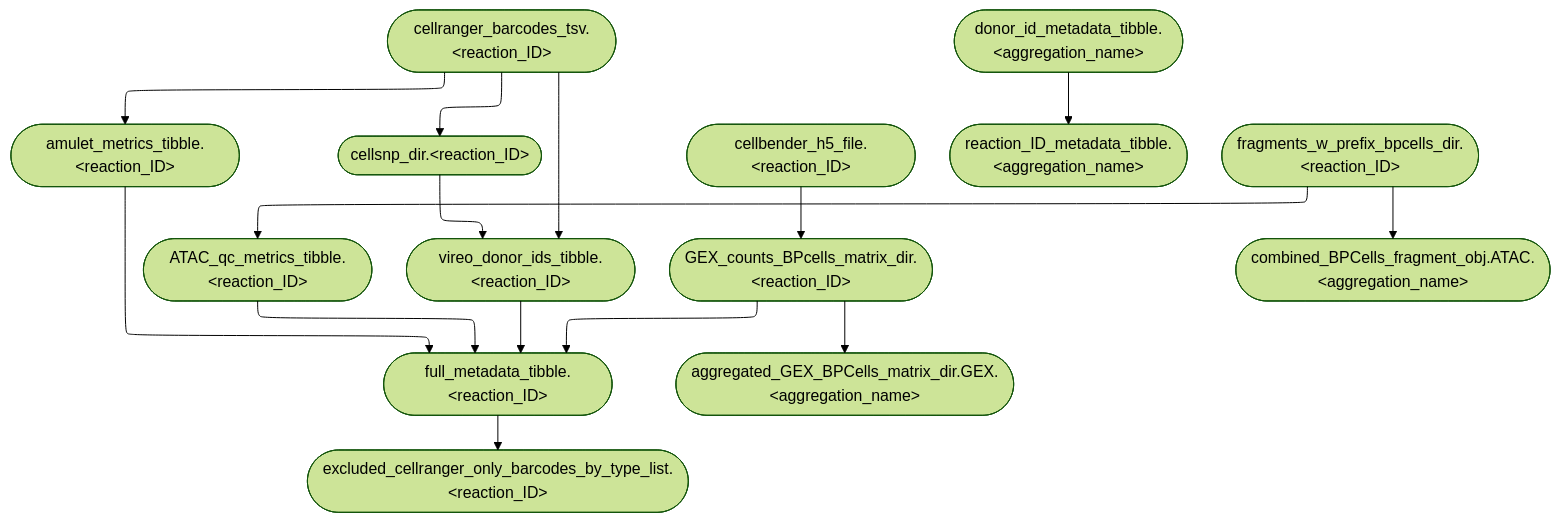
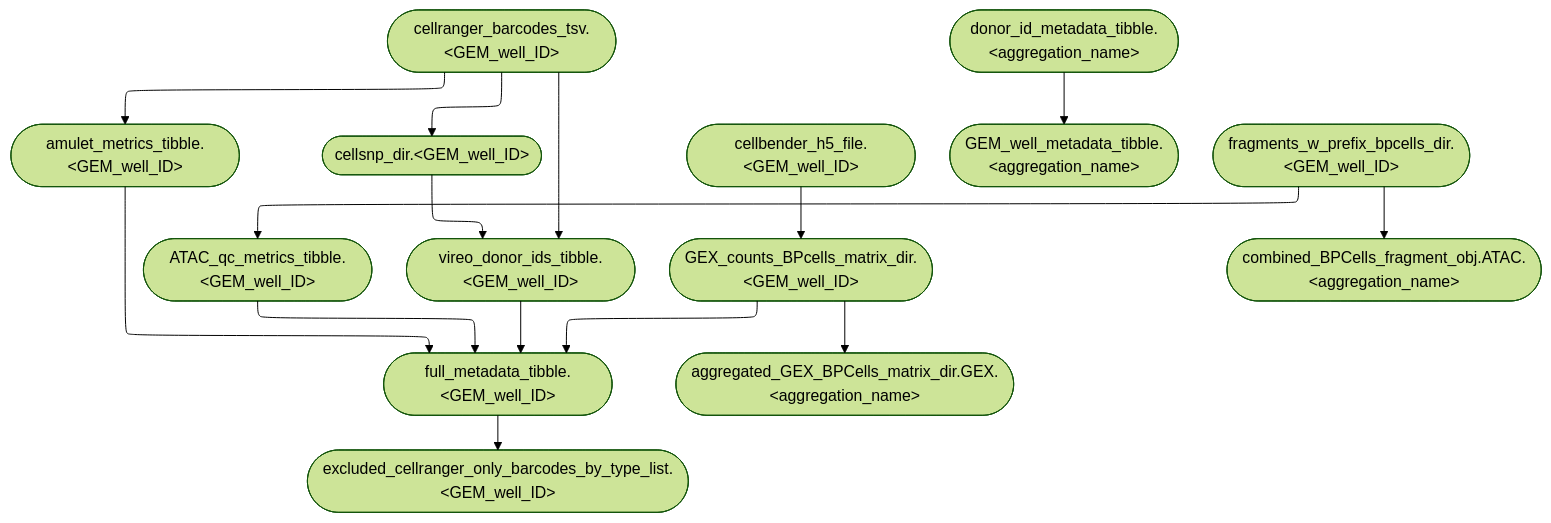
The diagram in website/figures/human_curated/parallel_v2.mmd (koefoeden/multiomeR), drawn with Mermaid (forest theme) before and after one commit. The commit also changed 70 other files, not shown here.

First line of the commit message:
adopt GEM well terminology throughout pipeline

```diff
--- a/website/figures/human_curated/parallel_v2.mmd
+++ b/website/figures/human_curated/parallel_v2.mmd
@@ -1,16 +1,16 @@
 %%{init: {'flowchart': {'defaultRenderer': 'elk'}}}%%
 flowchart TB
-  cellranger_barcodes_tsv.embryonic_brain_mouse(["cellranger_barcodes_tsv.&lt;reaction_ID&gt;"]):::none --> amulet_metrics_tibble.embryonic_brain_mouse(["amulet_metrics_tibble.&lt;reaction_ID&gt;"]):::none
-  cellranger_barcodes_tsv.embryonic_brain_mouse(["cellranger_barcodes_tsv.&lt;reaction_ID&gt;"]):::none --> cellsnp_dir.embryonic_brain_mouse(["cellsnp_dir.&lt;reaction_ID&gt;"]):::none
-  full_metadata_tibble.embryonic_brain_mouse(["full_metadata_tibble.&lt;reaction_ID&gt;"]):::none --> excluded_cellranger_only_barcodes_by_type_list.embryonic_brain_mouse(["excluded_cellranger_only_barcodes_by_type_list.&lt;reaction_ID&gt;"]):::none
-  amulet_metrics_tibble.embryonic_brain_mouse(["amulet_metrics_tibble.&lt;reaction_ID&gt;"]):::none --> full_metadata_tibble.embryonic_brain_mouse(["full_metadata_tibble.&lt;reaction_ID&gt;"]):::none
-  ATAC_qc_metrics_tibble.embryonic_brain_mouse(["ATAC_qc_metrics_tibble.&lt;reaction_ID&gt;"]):::none --> full_metadata_tibble.embryonic_brain_mouse(["full_metadata_tibble.&lt;reaction_ID&gt;"]):::none
-  vireo_donor_ids_tibble.embryonic_brain_mouse(["vireo_donor_ids_tibble.&lt;reaction_ID&gt;"]):::none --> full_metadata_tibble.embryonic_brain_mouse(["full_metadata_tibble.&lt;reaction_ID&gt;"]):::none
-  cellbender_h5_file.embryonic_brain_mouse(["cellbender_h5_file.&lt;reaction_ID&gt;"]):::none --> GEX_counts_BPcells_matrix_dir.embryonic_brain_mouse(["GEX_counts_BPcells_matrix_dir.&lt;reaction_ID&gt;"]):::none
-  donor_id_metadata_tibble.brain_mouse(["donor_id_metadata_tibble.&lt;aggregation_name&gt;"]):::none --> reaction_ID_metadata_tibble.brain_mouse(["reaction_ID_metadata_tibble.&lt;aggregation_name&gt;"]):::none
-  cellranger_barcodes_tsv.embryonic_brain_mouse(["cellranger_barcodes_tsv.&lt;reaction_ID&gt;"]):::none --> vireo_donor_ids_tibble.embryonic_brain_mouse(["vireo_donor_ids_tibble.&lt;reaction_ID&gt;"]):::none
-  cellsnp_dir.embryonic_brain_mouse(["cellsnp_dir.&lt;reaction_ID&gt;"]):::none --> vireo_donor_ids_tibble.embryonic_brain_mouse(["vireo_donor_ids_tibble.&lt;reaction_ID&gt;"]):::none
-  fragments_w_prefix_bpcells_dir.embryonic_brain_mouse(["fragments_w_prefix_bpcells_dir.&lt;reaction_ID&gt;"]):::none --> ATAC_qc_metrics_tibble.embryonic_brain_mouse(["ATAC_qc_metrics_tibble.&lt;reaction_ID&gt;"]):::none
-  fragments_w_prefix_bpcells_dir.embryonic_brain_mouse(["fragments_w_prefix_bpcells_dir.&lt;reaction_ID&gt;"]):::none --> combined_BPCells_fragment_obj.ATAC.brain_mouse(["combined_BPCells_fragment_obj.ATAC.&lt;aggregation_name&gt;"]):::none
-  GEX_counts_BPcells_matrix_dir.embryonic_brain_mouse(["GEX_counts_BPcells_matrix_dir.&lt;reaction_ID&gt;"]):::none --> full_metadata_tibble.embryonic_brain_mouse(["full_metadata_tibble.&lt;reaction_ID&gt;"]):::none
-  GEX_counts_BPcells_matrix_dir.embryonic_brain_mouse(["GEX_counts_BPcells_matrix_dir.&lt;reaction_ID&gt;"]):::none --> aggregated_GEX_BPCells_matrix_dir.GEX.brain_mouse(["aggregated_GEX_BPCells_matrix_dir.GEX.&lt;aggregation_name&gt;"]):::none
+  cellranger_barcodes_tsv.embryonic_brain_mouse(["cellranger_barcodes_tsv.&lt;GEM_well_ID&gt;"]):::none --> amulet_metrics_tibble.embryonic_brain_mouse(["amulet_metrics_tibble.&lt;GEM_well_ID&gt;"]):::none
+  cellranger_barcodes_tsv.embryonic_brain_mouse(["cellranger_barcodes_tsv.&lt;GEM_well_ID&gt;"]):::none --> cellsnp_dir.embryonic_brain_mouse(["cellsnp_dir.&lt;GEM_well_ID&gt;"]):::none
+  full_metadata_tibble.embryonic_brain_mouse(["full_metadata_tibble.&lt;GEM_well_ID&gt;"]):::none --> excluded_cellranger_only_barcodes_by_type_list.embryonic_brain_mouse(["excluded_cellranger_only_barcodes_by_type_list.&lt;GEM_well_ID&gt;"]):::none
+  amulet_metrics_tibble.embryonic_brain_mouse(["amulet_metrics_tibble.&lt;GEM_well_ID&gt;"]):::none --> full_metadata_tibble.embryonic_brain_mouse(["full_metadata_tibble.&lt;GEM_well_ID&gt;"]):::none
+  ATAC_qc_metrics_tibble.embryonic_brain_mouse(["ATAC_qc_metrics_tibble.&lt;GEM_well_ID&gt;"]):::none --> full_metadata_tibble.embryonic_brain_mouse(["full_metadata_tibble.&lt;GEM_well_ID&gt;"]):::none
+  vireo_donor_ids_tibble.embryonic_brain_mouse(["vireo_donor_ids_tibble.&lt;GEM_well_ID&gt;"]):::none --> full_metadata_tibble.embryonic_brain_mouse(["full_metadata_tibble.&lt;GEM_well_ID&gt;"]):::none
+  cellbender_h5_file.embryonic_brain_mouse(["cellbender_h5_file.&lt;GEM_well_ID&gt;"]):::none --> GEX_counts_BPcells_matrix_dir.embryonic_brain_mouse(["GEX_counts_BPcells_matrix_dir.&lt;GEM_well_ID&gt;"]):::none
+  donor_id_metadata_tibble.brain_mouse(["donor_id_metadata_tibble.&lt;aggregation_name&gt;"]):::none --> GEM_well_metadata_tibble.brain_mouse(["GEM_well_metadata_tibble.&lt;aggregation_name&gt;"]):::none
+  cellranger_barcodes_tsv.embryonic_brain_mouse(["cellranger_barcodes_tsv.&lt;GEM_well_ID&gt;"]):::none --> vireo_donor_ids_tibble.embryonic_brain_mouse(["vireo_donor_ids_tibble.&lt;GEM_well_ID&gt;"]):::none
+  cellsnp_dir.embryonic_brain_mouse(["cellsnp_dir.&lt;GEM_well_ID&gt;"]):::none --> vireo_donor_ids_tibble.embryonic_brain_mouse(["vireo_donor_ids_tibble.&lt;GEM_well_ID&gt;"]):::none
+  fragments_w_prefix_bpcells_dir.embryonic_brain_mouse(["fragments_w_prefix_bpcells_dir.&lt;GEM_well_ID&gt;"]):::none --> ATAC_qc_metrics_tibble.embryonic_brain_mouse(["ATAC_qc_metrics_tibble.&lt;GEM_well_ID&gt;"]):::none
+  fragments_w_prefix_bpcells_dir.embryonic_brain_mouse(["fragments_w_prefix_bpcells_dir.&lt;GEM_well_ID&gt;"]):::none --> combined_BPCells_fragment_obj.ATAC.brain_mouse(["combined_BPCells_fragment_obj.ATAC.&lt;aggregation_name&gt;"]):::none
+  GEX_counts_BPcells_matrix_dir.embryonic_brain_mouse(["GEX_counts_BPcells_matrix_dir.&lt;GEM_well_ID&gt;"]):::none --> full_metadata_tibble.embryonic_brain_mouse(["full_metadata_tibble.&lt;GEM_well_ID&gt;"]):::none
+  GEX_counts_BPcells_matrix_dir.embryonic_brain_mouse(["GEX_counts_BPcells_matrix_dir.&lt;GEM_well_ID&gt;"]):::none --> aggregated_GEX_BPCells_matrix_dir.GEX.brain_mouse(["aggregated_GEX_BPCells_matrix_dir.GEX.&lt;aggregation_name&gt;"]):::none
```
